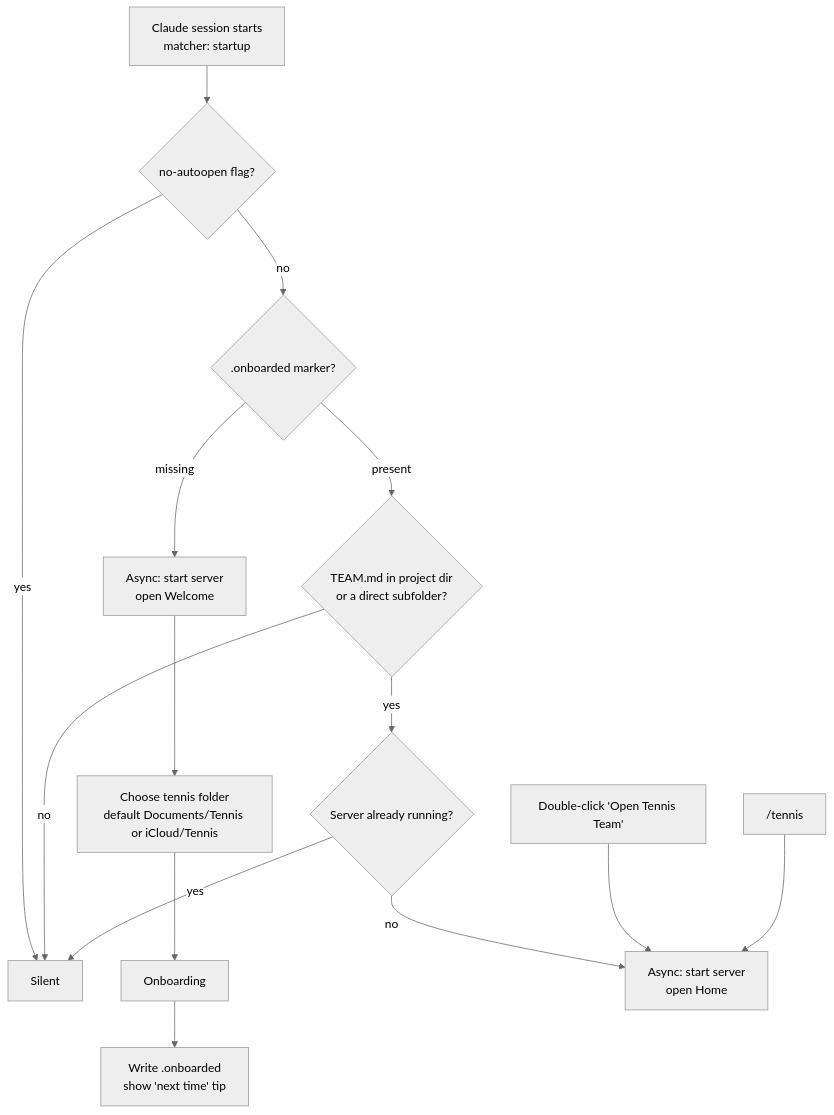
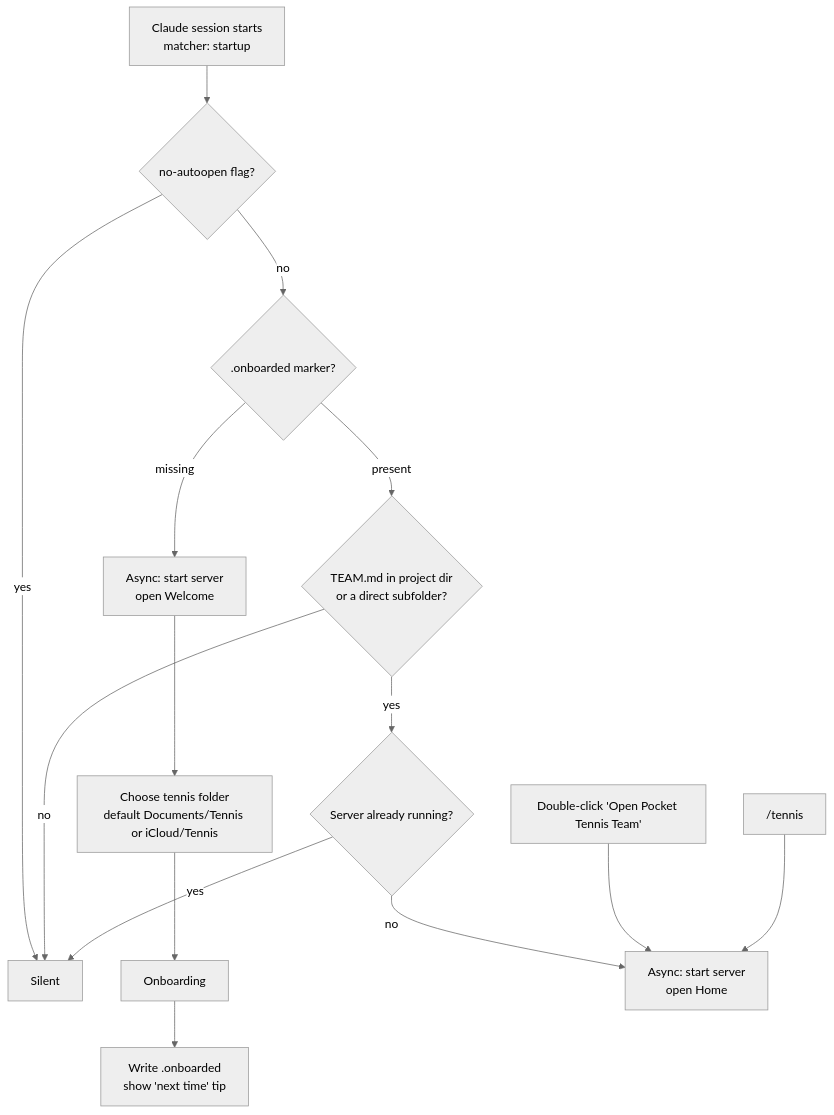
The first of 4 diagrams in design/design-brief.md (DayDreamingSheep/tennis-team), drawn with Mermaid (neutral theme) before and after one commit. The commit also changed other lines of this file and 24 other files, not shown here.

First line of the commit message:
Rename the product to Pocket Tennis Team

````diff
--- a/design/design-brief.md
+++ b/design/design-brief.md
@@ -198,16 +198,16 @@
 ```mermaid
 flowchart TD
   A[Claude session starts<br/>matcher: startup] --> X{no-autoopen flag?}
   X -- yes --> Z[Silent]
   X -- no --> B{.onboarded marker?}
   B -- missing --> W[Async: start server<br/>open Welcome]
   W --> WF[Choose tennis folder<br/>default Documents/Tennis or iCloud/Tennis]
   WF --> OB[Onboarding] --> MK[Write .onboarded<br/>show 'next time' tip]
   B -- present --> C{TEAM.md in project dir<br/>or a direct subfolder?}
   C -- no --> Z
   C -- yes --> D{Server already running?}
   D -- yes --> Z
   D -- no --> H[Async: start server<br/>open Home]
-  L[Double-click 'Open Tennis Team'] --> H
+  L[Double-click 'Open Pocket Tennis Team'] --> H
   M["/tennis"] --> H
 ```
````
